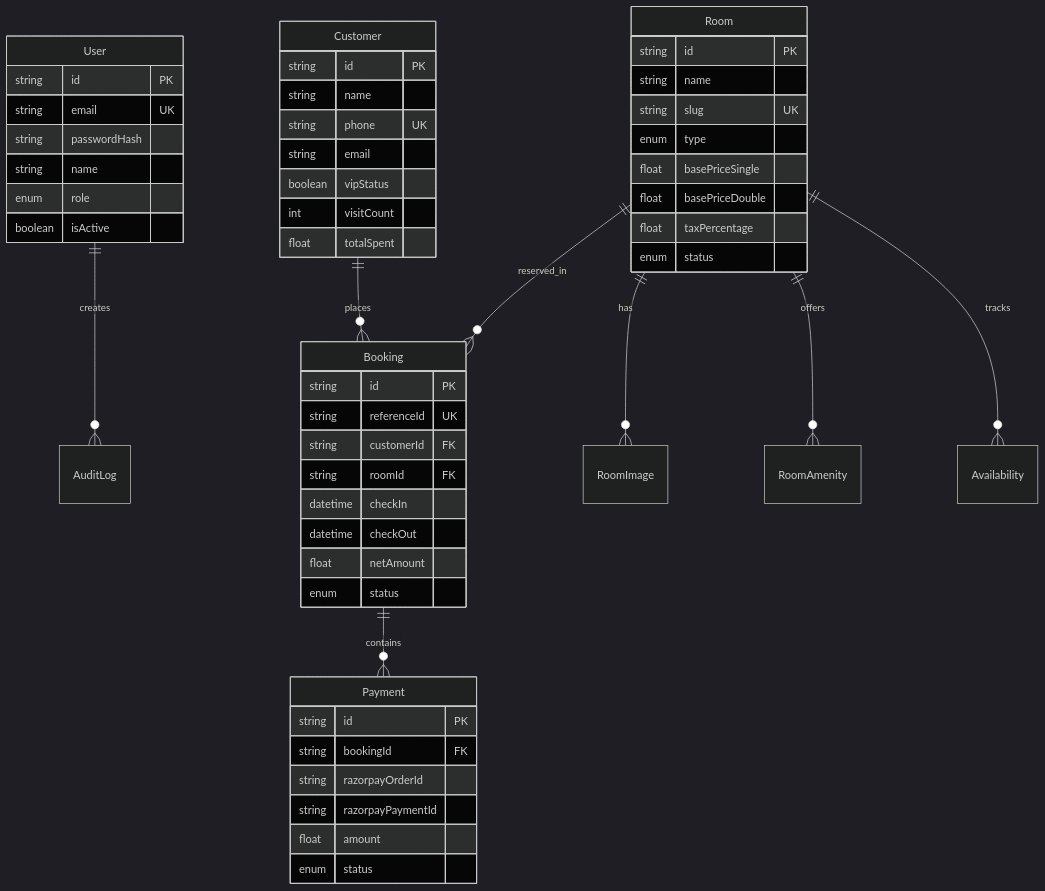
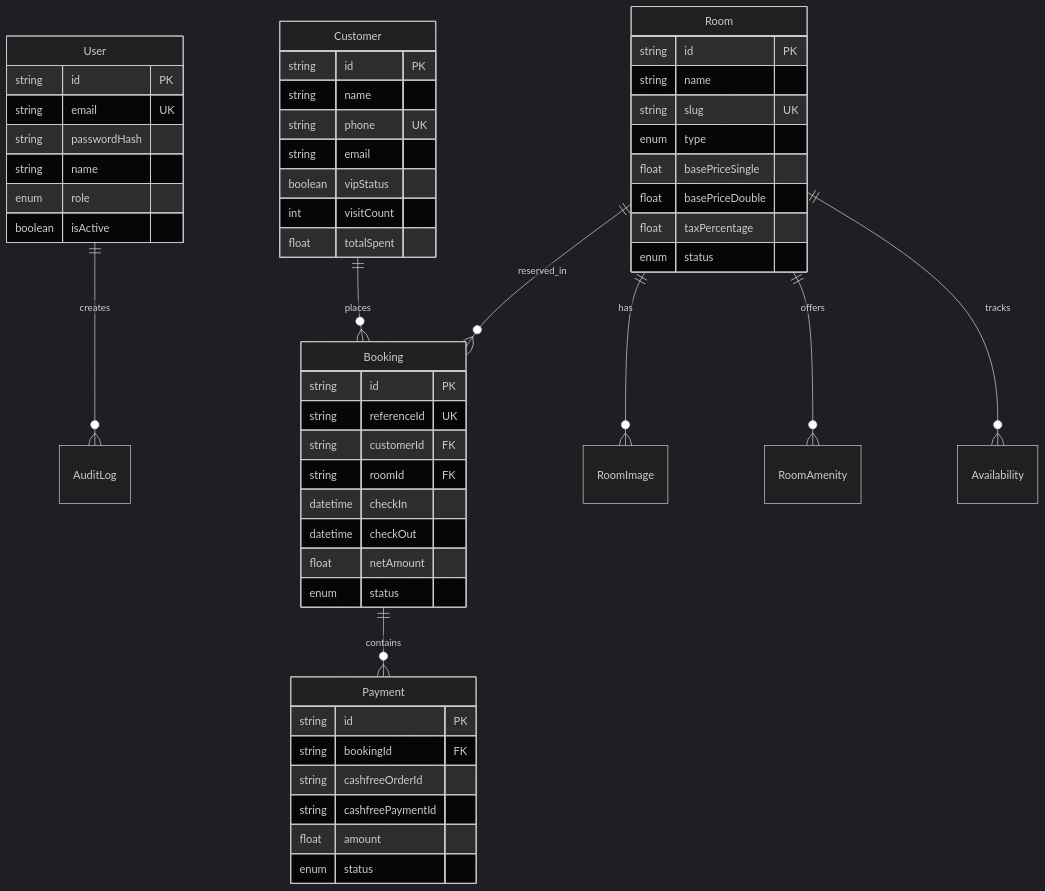
The second of 3 diagrams in about.md (utkarsh240/hotelrajhansinternational), drawn with Mermaid (dark theme) before and after one commit. The commit also changed other lines of this file and 17 other files, not shown here.

First line of the commit message:
refactor: remove Razorpay integration, use Cashfree-only payment gateway

````diff
--- a/about.md
+++ b/about.md
@@ -99,60 +99,60 @@
 ```mermaid
 erDiagram
     User ||--o{ AuditLog : creates
     Customer ||--o{ Booking : places
     Room ||--o{ Booking : reserved_in
     Room ||--o{ RoomImage : has
     Room ||--o{ RoomAmenity : offers
     Room ||--o{ Availability : tracks
     Booking ||--o{ Payment : contains
 
     User {
         string id PK
         string email UK
         string passwordHash
         string name
         enum role
         boolean isActive
     }
 
     Room {
         string id PK
         string name
         string slug UK
         enum type
         float basePriceSingle
         float basePriceDouble
         float taxPercentage
         enum status
     }
 
     Customer {
         string id PK
         string name
         string phone UK
         string email
         boolean vipStatus
         int visitCount
         float totalSpent
     }
 
     Booking {
         string id PK
         string referenceId UK
         string customerId FK
         string roomId FK
         datetime checkIn
         datetime checkOut
         float netAmount
         enum status
     }
 
     Payment {
         string id PK
         string bookingId FK
-        string razorpayOrderId
-        string razorpayPaymentId
+        string cashfreeOrderId
+        string cashfreePaymentId
         float amount
         enum status
     }
 ```
````
